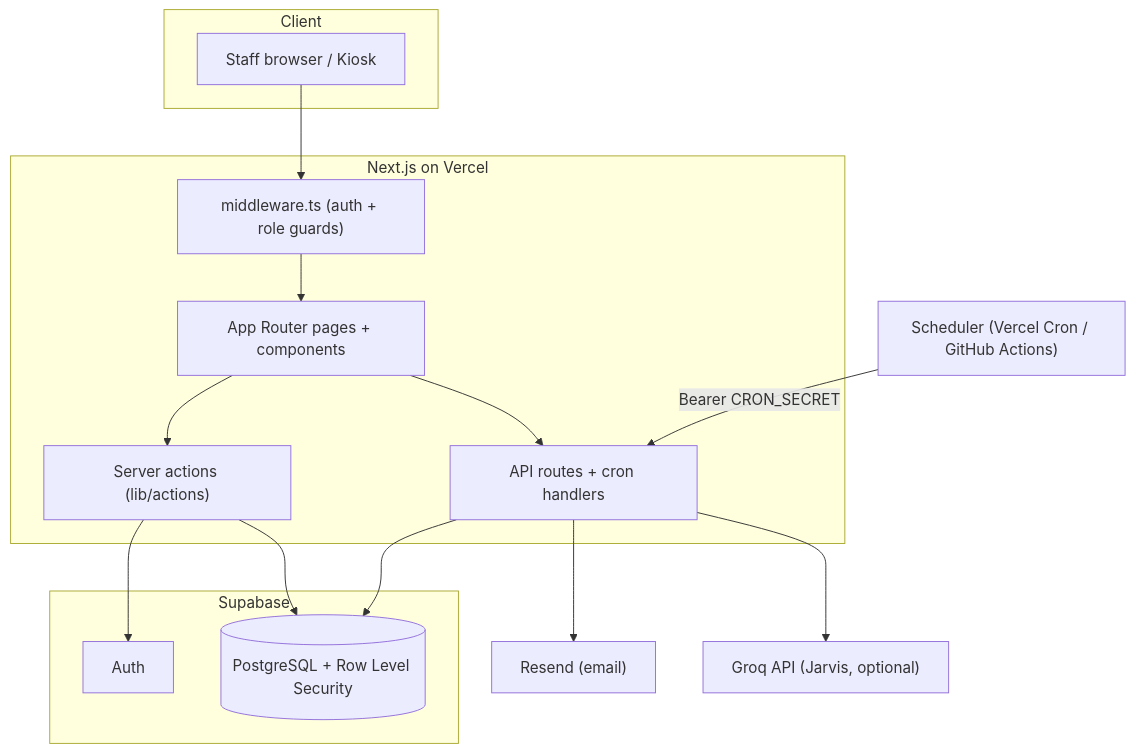
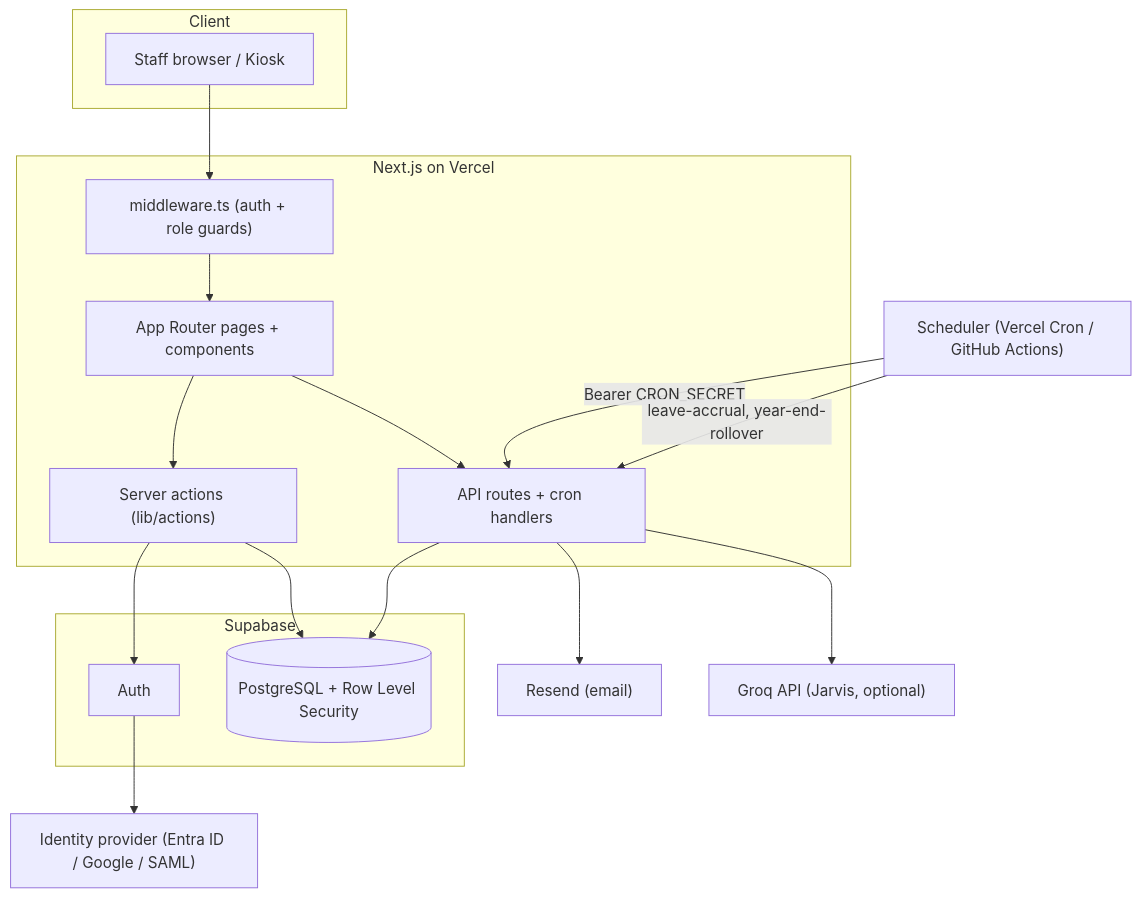
Before and after one commit to sarmakska/staff-portal: the diagram in README.md, drawn with Mermaid. The commit also changed other lines of this file and 6 other files, not shown here.

First line of the commit message:
docs: document SSO, accruals and GDPR export; add CHANGELOG, ARCHITECTURE, ROADMAP

````diff
--- a/README.md
+++ b/README.md
@@ -45,28 +45,31 @@
 ```mermaid
 flowchart TD
     subgraph Client
         Browser["Staff browser / Kiosk"]
     end
     subgraph Vercel["Next.js on Vercel"]
         Pages["App Router pages + components"]
         Actions["Server actions (lib/actions)"]
         API["API routes + cron handlers"]
         MW["middleware.ts (auth + role guards)"]
     end
     subgraph Supabase
         Auth["Auth"]
         DB[("PostgreSQL + Row Level Security")]
     end
     Resend["Resend (email)"]
     Groq["Groq API (Jarvis, optional)"]
     Cron["Scheduler (Vercel Cron / GitHub Actions)"]
+    IdP["Identity provider (Entra ID / Google / SAML)"]
 
     Browser --> MW --> Pages
     Pages --> Actions --> DB
     Pages --> API
     Actions --> Auth
+    Auth --> IdP
     API --> DB
     API --> Resend
     API --> Groq
     Cron -->|Bearer CRON_SECRET| API
+    Cron -->|leave-accrual, year-end-rollover| API
 ```
````
